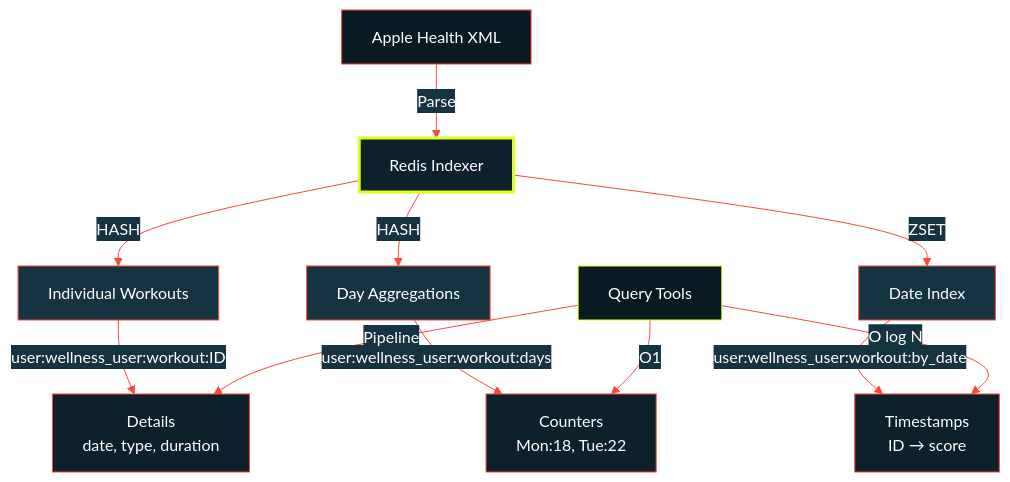
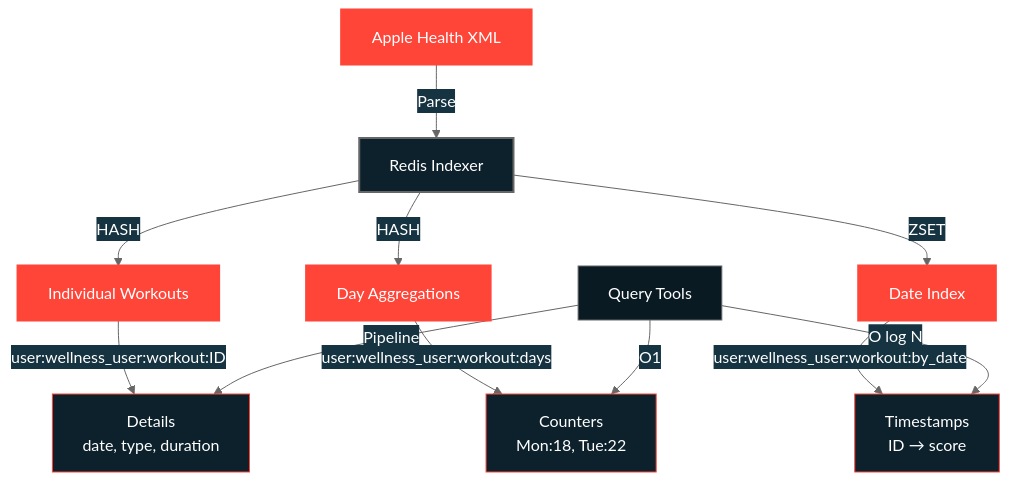
The third of 4 diagrams in docs/11_REDIS_PATTERNS.md (AllieRays/redis-wellness), drawn with Mermaid before and after one commit. The commit also changed other lines of this file and 12 other files, not shown here.

````diff
--- a/docs/11_REDIS_PATTERNS.md
+++ b/docs/11_REDIS_PATTERNS.md
@@ -299,24 +299,24 @@
 ```mermaid
-%%{init: {'theme':'base', 'themeVariables': { 'primaryColor':'#0d212c', 'primaryTextColor':'#fff', 'primaryBorderColor':'#ff4438', 'lineColor':'#ff4438', 'secondaryColor':'#163341', 'tertiaryColor':'#091a23'}}}%%
+%%{init: {'theme':'base', 'themeVariables': { 'primaryColor':'#0d212c', 'primaryTextColor':'#fff', 'primaryBorderColor':'#ff4438', 'lineColor':'#666', 'secondaryColor':'#163341', 'tertiaryColor':'#091a23'}}}%%
 flowchart TD
     A[Apple Health XML] -->|Parse| B[Redis Indexer]
 
     B -->|HASH| C[Individual Workouts]
     B -->|HASH| D[Day Aggregations]
     B -->|ZSET| E[Date Index]
 
     C -->|user:wellness_user:workout:ID| C1[Details<br/>date, type, duration]
     D -->|user:wellness_user:workout:days| D1[Counters<br/>Mon:18, Tue:22]
     E -->|user:wellness_user:workout:by_date| E1[Timestamps<br/>ID → score]
 
     F[Query Tools] -->|O1| D1
     F -->|O log N| E1
     F -->|Pipeline| C1
 
-    style A fill:#091a23,stroke:#ff4438,color:#fff
-    style B fill:#0d212c,stroke:#dcff1e,color:#fff,stroke-width:3px
-    style C fill:#163341,stroke:#ff4438,color:#fff
-    style D fill:#163341,stroke:#ff4438,color:#fff
-    style E fill:#163341,stroke:#ff4438,color:#fff
-    style F fill:#091a23,stroke:#dcff1e,color:#fff
+    style A fill:#ff4438,stroke:#ff4438,color:#fff,stroke-width:3px
+    style B fill:#0d212c,stroke:#666,color:#fff,stroke-width:2px
+    style C fill:#ff4438,stroke:#ff4438,color:#fff,stroke-width:3px
+    style D fill:#ff4438,stroke:#ff4438,color:#fff,stroke-width:3px
+    style E fill:#ff4438,stroke:#ff4438,color:#fff,stroke-width:3px
+    style F fill:#091a23,stroke:#666,color:#fff
 ```
````
